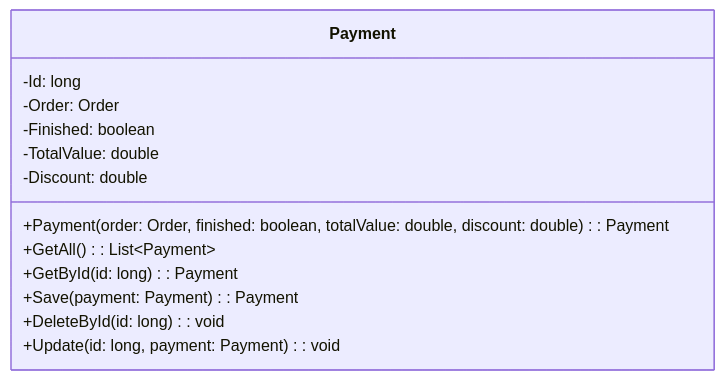
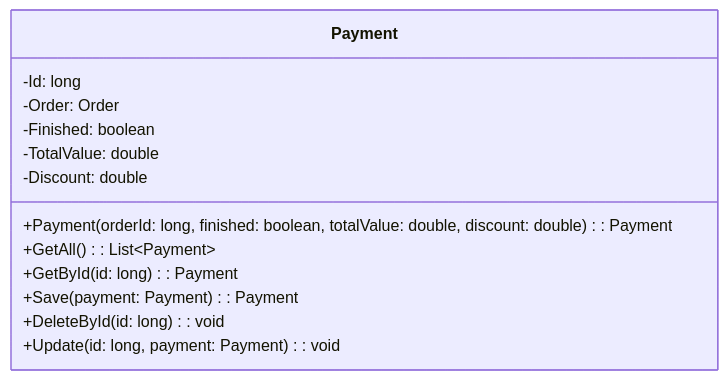
One commit to AndreLucas0/diagrama-de-classes-projeto-integrador changed the tenth of 17 diagrams in Classes.md. Above: the diagram before and after it, drawn with Mermaid. The commit also changed other lines of this file, not shown here.

Commit message:
diagrama finalizado

````diff
--- a/Classes.md
+++ b/Classes.md
@@ -137,16 +137,16 @@
 ```mermaid
 classDiagram
     class Payment {
         -Id: long
         -Order: Order
         -Finished: boolean
         -TotalValue: double
         -Discount: double
-        +Payment (order: Order, finished: boolean, totalValue: double, discount: double): Payment
+        +Payment (orderId: long, finished: boolean, totalValue: double, discount: double): Payment
         +GetAll (): List&lt;Payment&gt;
         +GetById (id: long): Payment
         +Save (payment: Payment): Payment
         +DeleteById (id: long): void
         +Update (id: long, payment: Payment): void
     }
 ```
````
